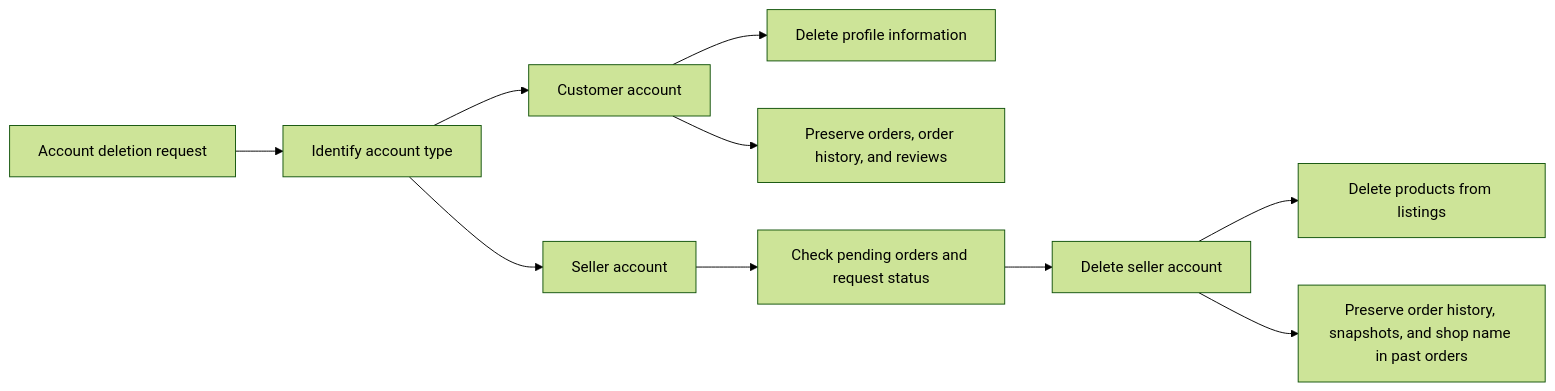
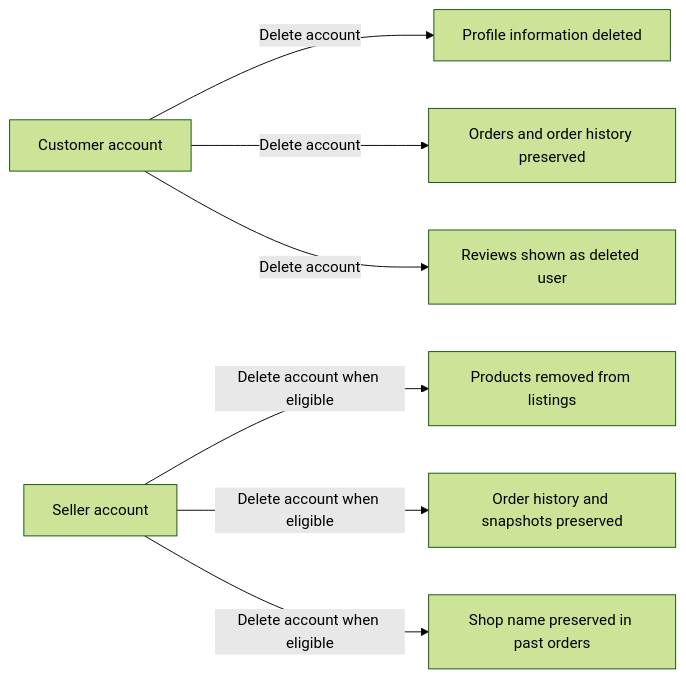
Before and after one commit to wrtnlabs/autobe-examples: diagram 16 of 17 in openai/gpt-5.4-mini/shopping/docs/analysis/01-actors-and-auth.md, drawn with Mermaid (forest theme). The commit also changed other lines of this file and 9017 other files, not shown here.

````diff
--- a/openai/gpt-5.4-mini/shopping/docs/analysis/01-actors-and-auth.md
+++ b/openai/gpt-5.4-mini/shopping/docs/analysis/01-actors-and-auth.md
@@ -228,12 +372,9 @@
 ```mermaid
 flowchart LR
-    A["Account deletion request"] --> B["Identify account type"]
-    B --> C["Customer account"]
-    B --> D["Seller account"]
-    C --> E["Delete profile information"]
-    C --> F["Preserve orders, order history, and reviews"]
-    D --> G["Check pending orders and request status"]
-    G --> H["Delete seller account"]
-    H --> I["Delete products from listings"]
-    H --> J["Preserve order history, snapshots, and shop name in past orders"]
+    A["Customer account"] -->|"Delete account"| B["Profile information deleted"]
+    A -->|"Delete account"| C["Orders and order history preserved"]
+    A -->|"Delete account"| D["Reviews shown as deleted user"]
+    E["Seller account"] -->|"Delete account when eligible"| F["Products removed from listings"]
+    E -->|"Delete account when eligible"| G["Order history and snapshots preserved"]
+    E -->|"Delete account when eligible"| H["Shop name preserved in past orders"]
 ```
````
